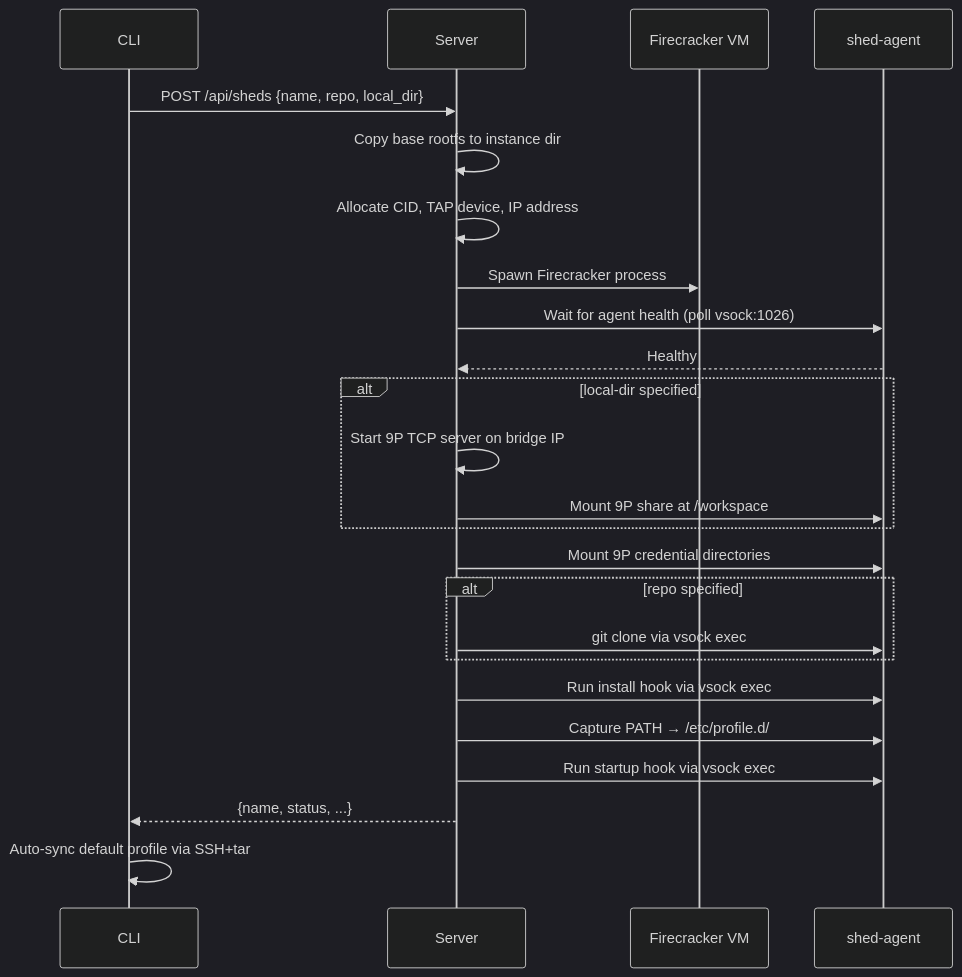
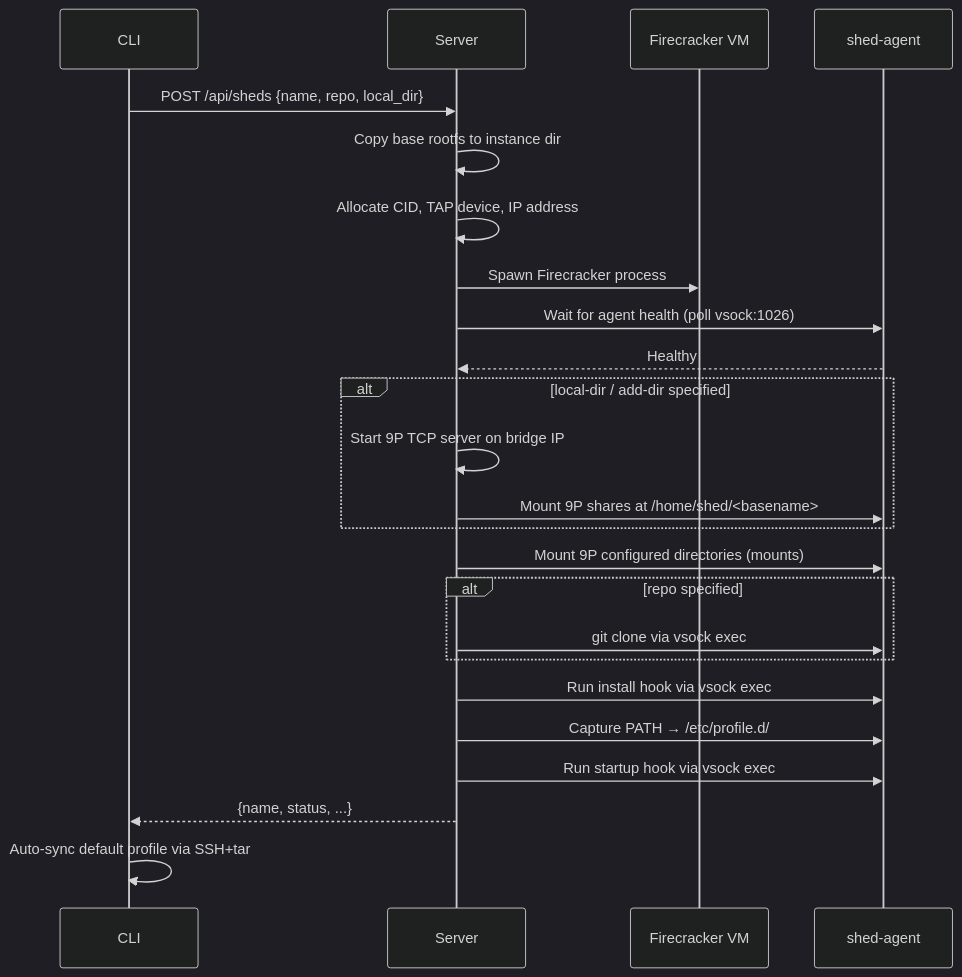
Before and after one commit to charliek/shed: the third of 6 diagrams in docs/development/architecture.md, drawn with Mermaid (dark theme). The commit also changed other lines of this file and 63 other files, not shown here.

First line of the commit message:
feat: home-rooted workspaces; rename config credentials→mounts (#188)

````diff
--- a/docs/development/architecture.md
+++ b/docs/development/architecture.md
@@ -91,27 +91,27 @@
     ```mermaid
     sequenceDiagram
         participant CLI
         participant Server
         participant VM as Firecracker VM
         participant Agent as shed-agent
 
         CLI->>Server: POST /api/sheds {name, repo, local_dir}
         Server->>Server: Copy base rootfs to instance dir
         Server->>Server: Allocate CID, TAP device, IP address
         Server->>VM: Spawn Firecracker process
         Server->>Agent: Wait for agent health (poll vsock:1026)
         Agent-->>Server: Healthy
-        alt local-dir specified
+        alt local-dir / add-dir specified
             Server->>Server: Start 9P TCP server on bridge IP
-            Server->>Agent: Mount 9P share at /workspace
+            Server->>Agent: Mount 9P shares at /home/shed/<basename>
         end
-        Server->>Agent: Mount 9P credential directories
+        Server->>Agent: Mount 9P configured directories (mounts)
         alt repo specified
             Server->>Agent: git clone via vsock exec
         end
         Server->>Agent: Run install hook via vsock exec
         Server->>Agent: Capture PATH → /etc/profile.d/
         Server->>Agent: Run startup hook via vsock exec
         Server-->>CLI: {name, status, ...}
         CLI->>CLI: Auto-sync default profile via SSH+tar
     ```
````
